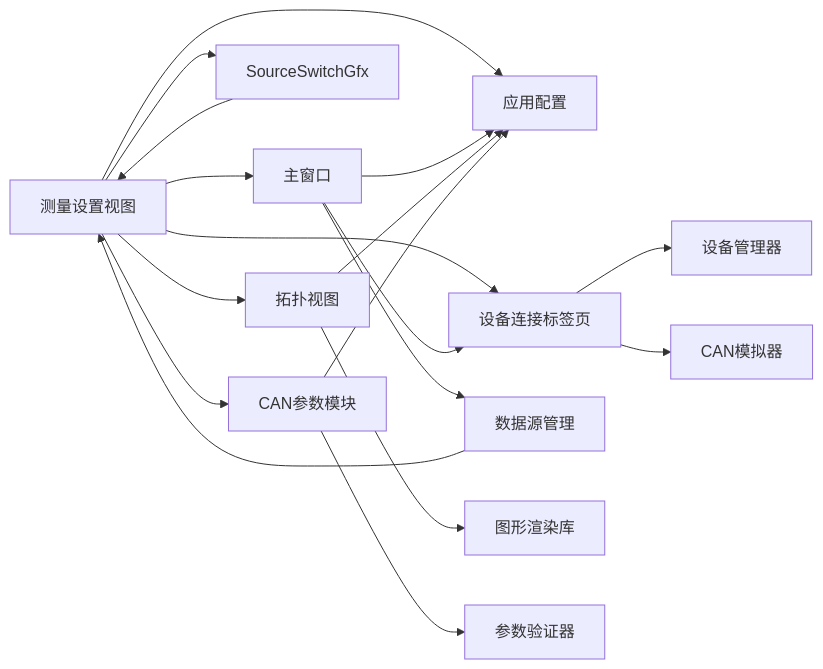
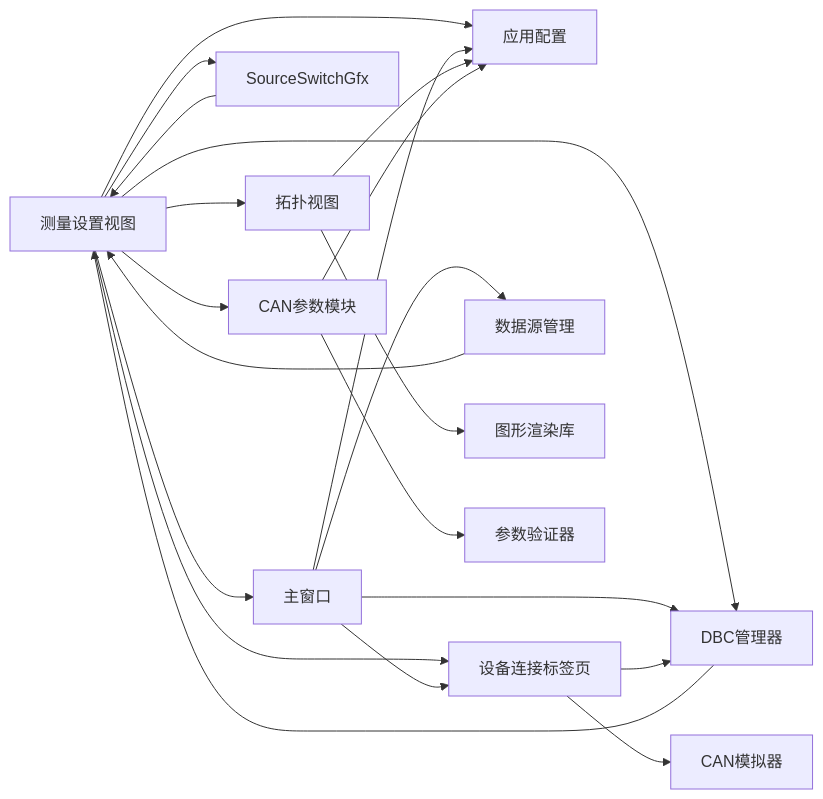
Before and after one commit to jakecai1225-design/OpenBus: the tenth of 10 diagrams in .qoder/repowiki/zh/content/架构设计/UI系统设计/测量设置视图组件.md, drawn with Mermaid. The commit also changed other lines of this file and 9 other files, not shown here.

````diff
--- a/.qoder/repowiki/zh/content/架构设计/UI系统设计/测量设置视图组件.md
+++ b/.qoder/repowiki/zh/content/架构设计/UI系统设计/测量设置视图组件.md
@@ -553,20 +604,23 @@
 ```mermaid
 graph LR
 MSV["测量设置视图"] --> MW["主窗口"]
 MSV --> AC["应用配置"]
 MSV --> SSG["SourceSwitchGfx"]
 MSV --> TV["拓扑视图"]
 MSV --> CAN["CAN参数模块"]
 MSV --> DCT["设备连接标签页"]
+MSV --> DM["DBC管理器"]
 MW --> AC
 MW --> DS["数据源管理"]
 MW --> DCT
+MW --> DM
 TV --> AC
 TV --> GL["图形渲染库"]
 SSG --> MSV
 CAN --> AC
 CAN --> VLD["参数验证器"]
 DS --> MSV
-DCT --> DM["设备管理器"]
+DCT --> DM
 DCT --> SIM["CAN模拟器"]
+DM --> MSV
 ```
````
